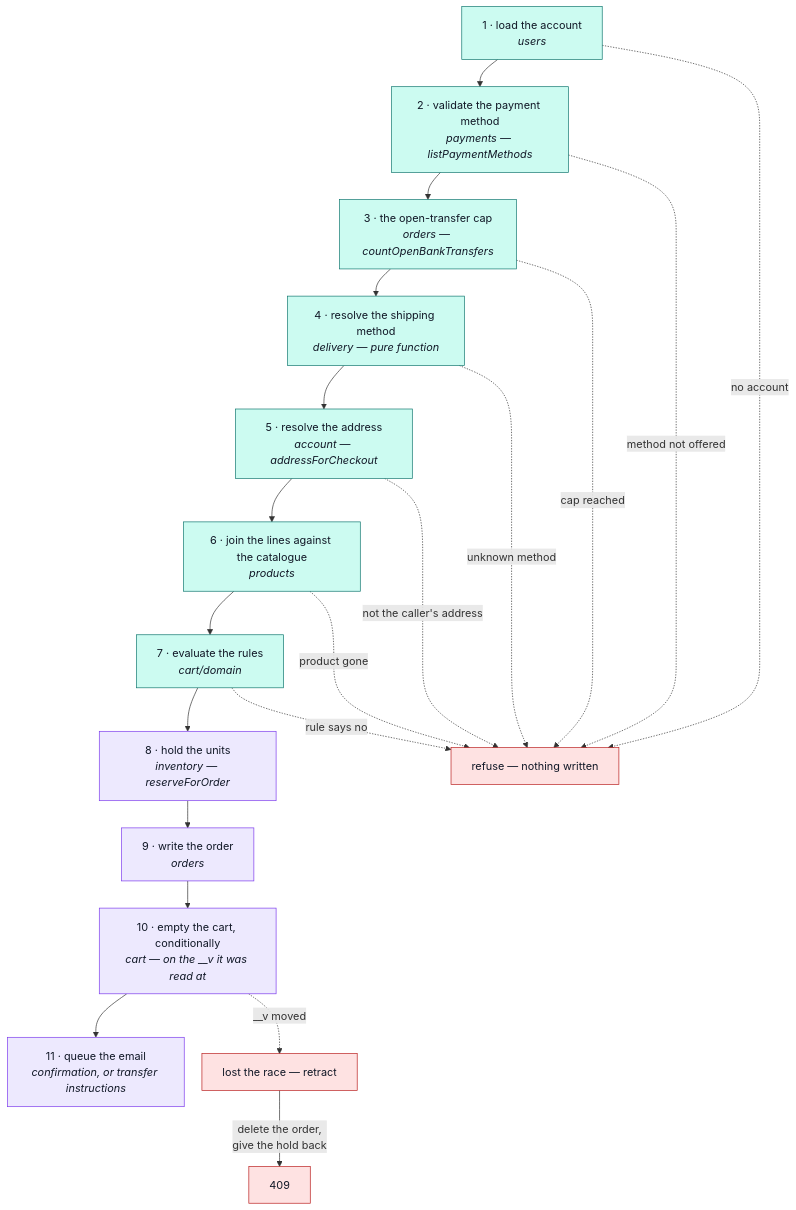
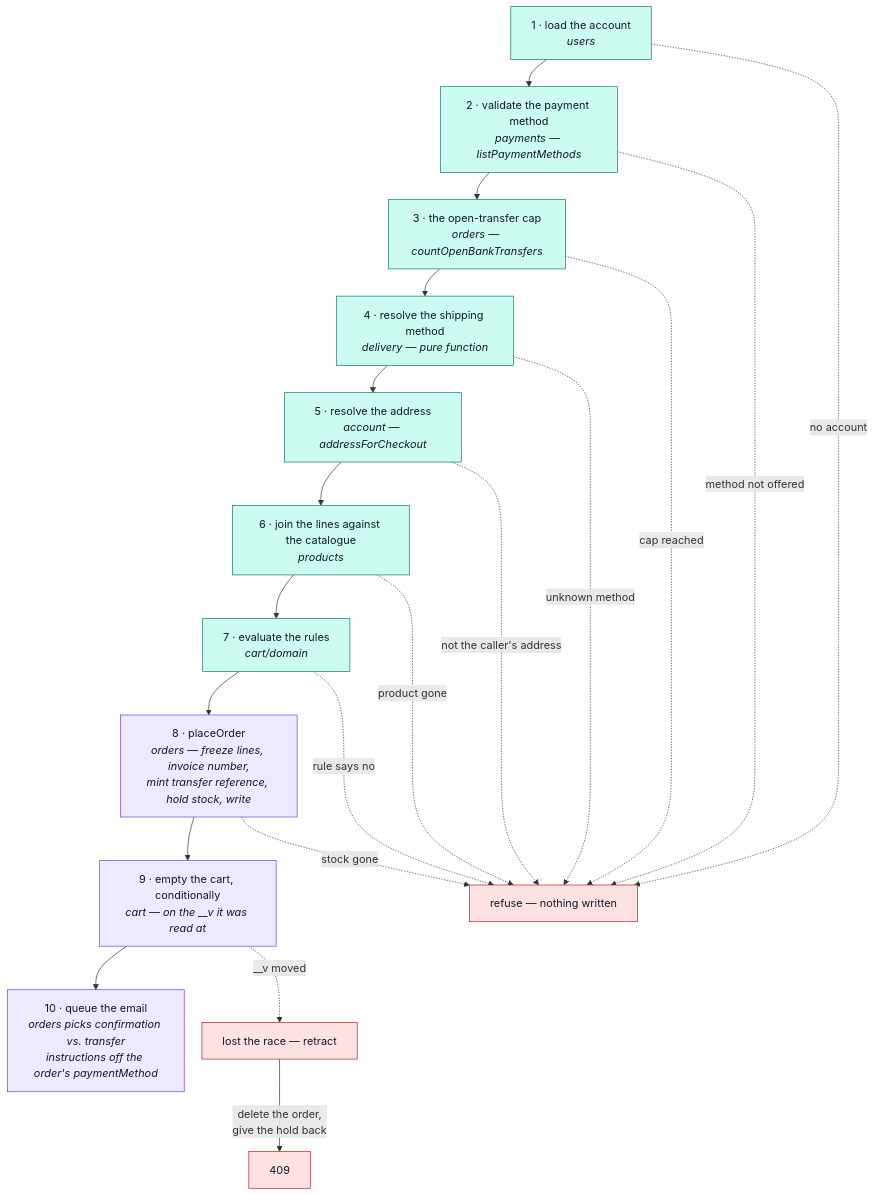
The diagram in docs/modules/cart-checkout.md (Guebbit/boilerplate-node-backend), drawn with Mermaid before and after one commit. The commit also changed other lines of this file and 6 other files, not shown here.

````diff
--- a/docs/modules/cart-checkout.md
+++ b/docs/modules/cart-checkout.md
@@ -25,34 +25,34 @@
 ```mermaid
 %%{init: {'flowchart': {'nodeSpacing': 26, 'rankSpacing': 40}}}%%
 flowchart TD
     A["1 · load the account<br/><i>users</i>"] --> P["2 · validate the payment method<br/><i>payments — listPaymentMethods</i>"]
     P --> Q["3 · the open-transfer cap<br/><i>orders — countOpenBankTransfers</i>"]
     Q --> B["4 · resolve the shipping method<br/><i>delivery — pure function</i>"]
     B --> C["5 · resolve the address<br/><i>account — addressForCheckout</i>"]
     C --> D["6 · join the lines against the catalogue<br/><i>products</i>"]
     D --> E["7 · evaluate the rules<br/><i>cart/domain</i>"]
-    E --> F["8 · hold the units<br/><i>inventory — reserveForOrder</i>"]
-    F --> G["9 · write the order<br/><i>orders</i>"]
-    G --> H["10 · empty the cart, conditionally<br/><i>cart — on the __v it was read at</i>"]
-    H --> I["11 · queue the email<br/><i>confirmation, or transfer instructions</i>"]
+    E --> F["8 · placeOrder<br/><i>orders — freeze lines, invoice number,<br/>mint transfer reference, hold stock, write</i>"]
+    F --> H["9 · empty the cart, conditionally<br/><i>cart — on the __v it was read at</i>"]
+    H --> I["10 · queue the email<br/><i>orders picks confirmation vs. transfer<br/>instructions off the order's paymentMethod</i>"]
 
     R["refuse — nothing written"]
     A -.->|"no account"| R
     P -.->|"method not offered"| R
     Q -.->|"cap reached"| R
     B -.->|"unknown method"| R
     C -.->|"not the caller's address"| R
     D -.->|"product gone"| R
     E -.->|"rule says no"| R
+    F -.->|"stock gone"| R
 
     L["lost the race — retract"]
     H -.->|"__v moved"| L
     L -->|"delete the order,<br/>give the hold back"| M["409"]
 
     classDef read fill:#ccfbf1,stroke:#0f766e,color:#111827;
     classDef write fill:#ede9fe,stroke:#7c3aed,color:#111827;
     classDef bad fill:#fee2e2,stroke:#b91c1c,color:#111827;
     class A,P,Q,B,C,D,E read;
-    class F,G,H,I write;
+    class F,H,I write;
     class R,L,M bad;
 ```
````
